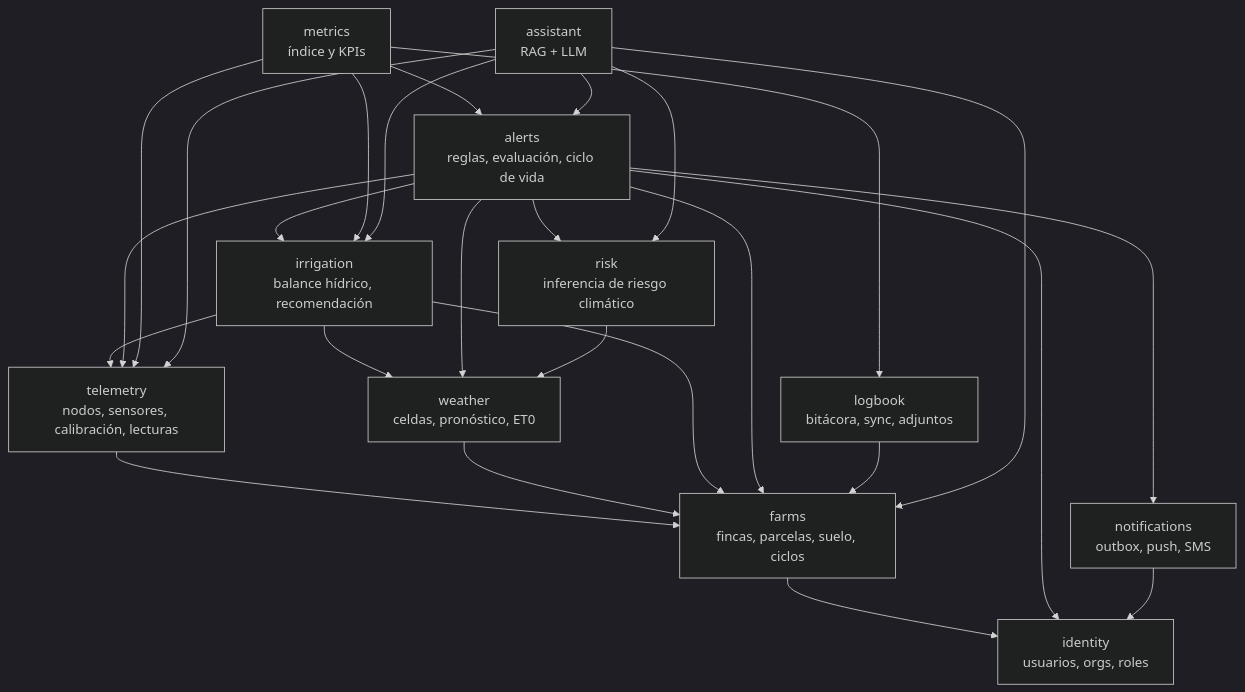
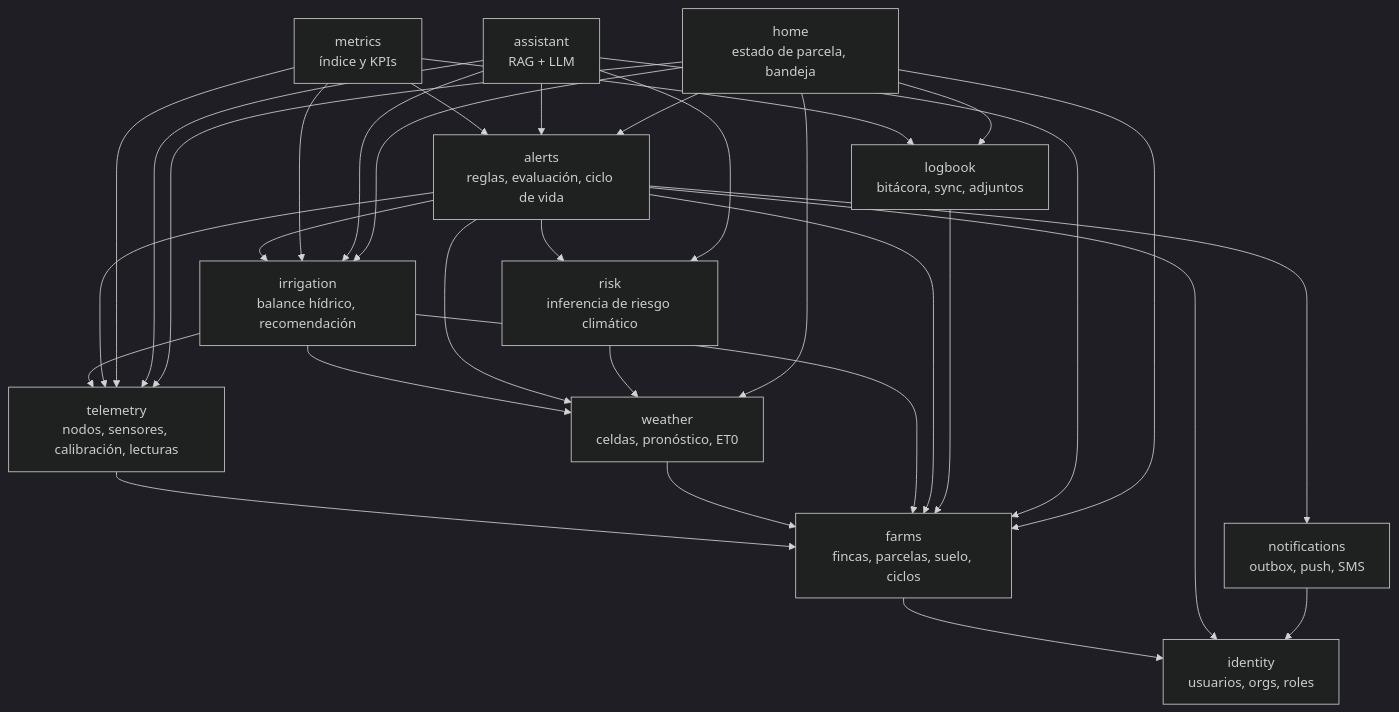
The third of 6 diagrams in docs/05-arquitectura.md (jab16jy/techcamp-v2), drawn with Mermaid (dark theme) before and after one commit. The commit also changed other lines of this file and 4 other files, not shown here.

````diff
--- a/docs/05-arquitectura.md
+++ b/docs/05-arquitectura.md
@@ -89,40 +89,47 @@
 ```mermaid
 flowchart TB
   identity[identity<br/>usuarios, orgs, roles]
   farms[farms<br/>fincas, parcelas, suelo, ciclos]
   telemetry[telemetry<br/>nodos, sensores, calibración, lecturas]
   weather[weather<br/>celdas, pronóstico, ET0]
   irrigation[irrigation<br/>balance hídrico, recomendación]
   alerts[alerts<br/>reglas, evaluación, ciclo de vida]
   notifications[notifications<br/>outbox, push, SMS]
   logbook[logbook<br/>bitácora, sync, adjuntos]
   risk[risk<br/>inferencia de riesgo climático]
   metrics[metrics<br/>índice y KPIs]
   assistant[assistant<br/>RAG + LLM]
+  home[home<br/>estado de parcela, bandeja]
 
   farms --> identity
   telemetry --> farms
   weather --> farms
   irrigation --> farms
   irrigation --> weather
   irrigation --> telemetry
   alerts --> farms
   alerts --> identity
   alerts --> telemetry
   alerts --> weather
   alerts --> irrigation
   alerts --> risk
   alerts --> notifications
   notifications --> identity
   logbook --> farms
   risk --> weather
   metrics --> telemetry
   metrics --> logbook
   metrics --> alerts
   metrics --> irrigation
   assistant --> farms
   assistant --> telemetry
   assistant --> irrigation
   assistant --> alerts
   assistant --> risk
+  home --> farms
+  home --> telemetry
+  home --> weather
+  home --> irrigation
+  home --> alerts
+  home --> logbook
 ```
````
